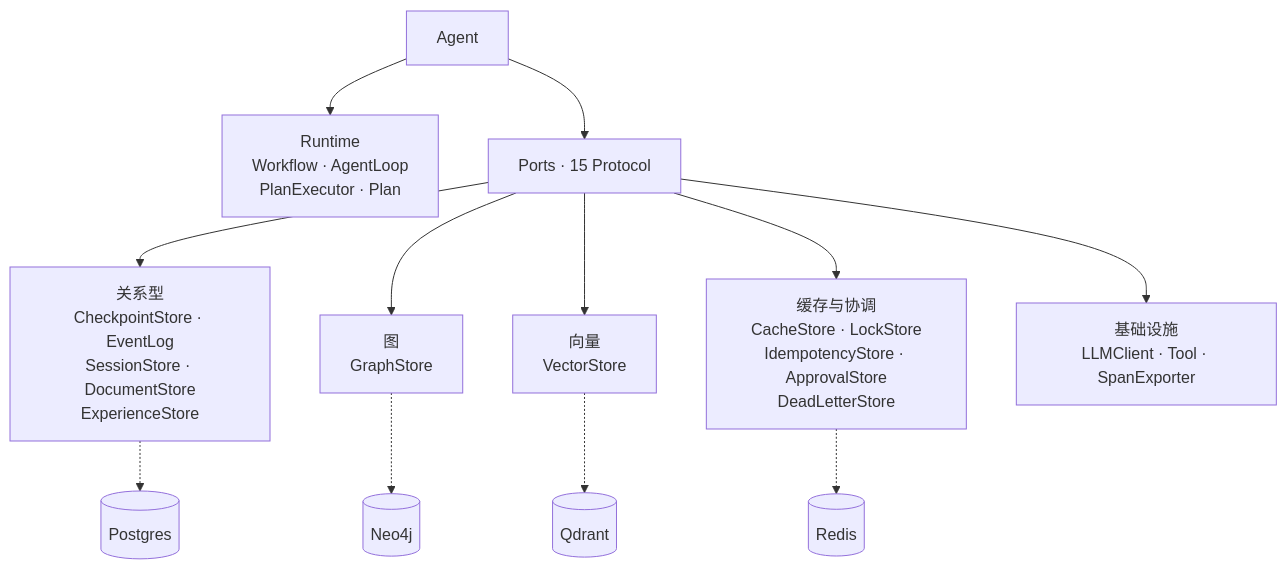
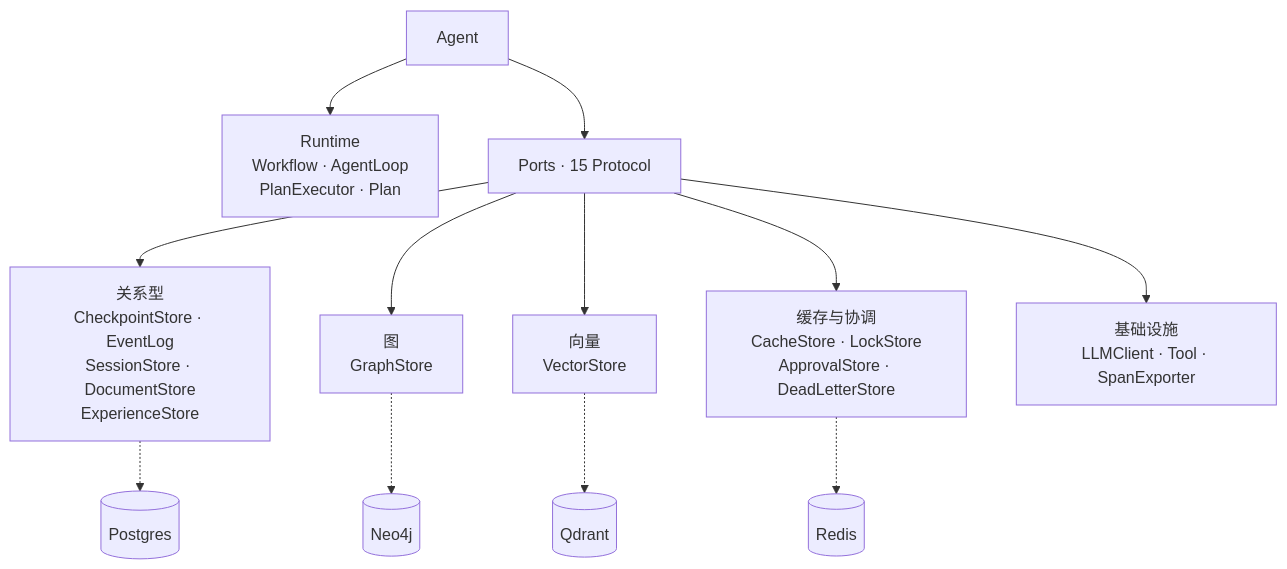
One commit to limenagent/prodagent changed the third of 3 diagrams in README.md. Above: the diagram before and after it, drawn with Mermaid. The commit also changed 30 other files, not shown here.

````diff
--- a/README.md
+++ b/README.md
@@ -229,14 +229,14 @@
 ```mermaid
 graph TD
     A[Agent] --> RT[Runtime<br/>Workflow · AgentLoop<br/>PlanExecutor · Plan]
     A --> P[Ports · 15 Protocol]
     P --> R[关系型<br/>CheckpointStore · EventLog<br/>SessionStore · DocumentStore<br/>ExperienceStore]
     P --> G[图<br/>GraphStore]
     P --> V[向量<br/>VectorStore]
-    P --> T[缓存与协调<br/>CacheStore · LockStore<br/>IdempotencyStore · ApprovalStore<br/>DeadLetterStore]
+    P --> T[缓存与协调<br/>CacheStore · LockStore<br/>ApprovalStore · DeadLetterStore]
     P --> X[基础设施<br/>LLMClient · Tool · SpanExporter]
     R -.-> PG[(Postgres)]
     G -.-> NEO[(Neo4j)]
     V -.-> QD[(Qdrant)]
     T -.-> RD[(Redis)]
 ```
````
